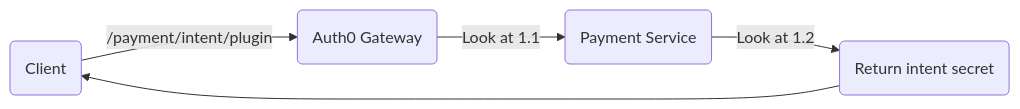
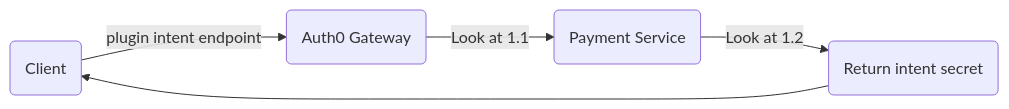
One commit to JTM-Network/.github changed the first of 2 diagrams in profile/README.md. Above: the diagram before and after it, drawn with Mermaid. The commit also changed other lines of this file, not shown here.

````diff
--- a/profile/README.md
+++ b/profile/README.md
@@ -45,7 +44,7 @@
 ```mermaid
 flowchart LR
-    client(Client) -->| /payment/intent/plugin |auth(Auth0 Gateway)
+    client(Client) -->| plugin intent endpoint |auth(Auth0 Gateway)
     auth -->| Look at 1.1 | payment(Payment Service)
     payment --> | Look at 1.2 | secret(Return intent secret)
     secret --> client
 ```
````
